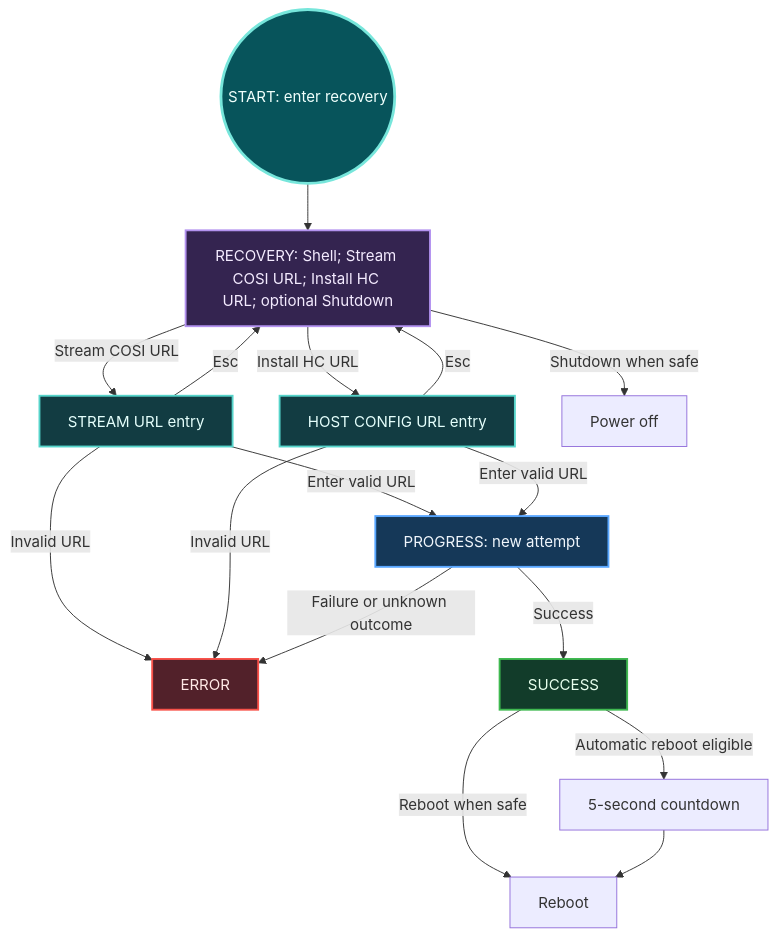
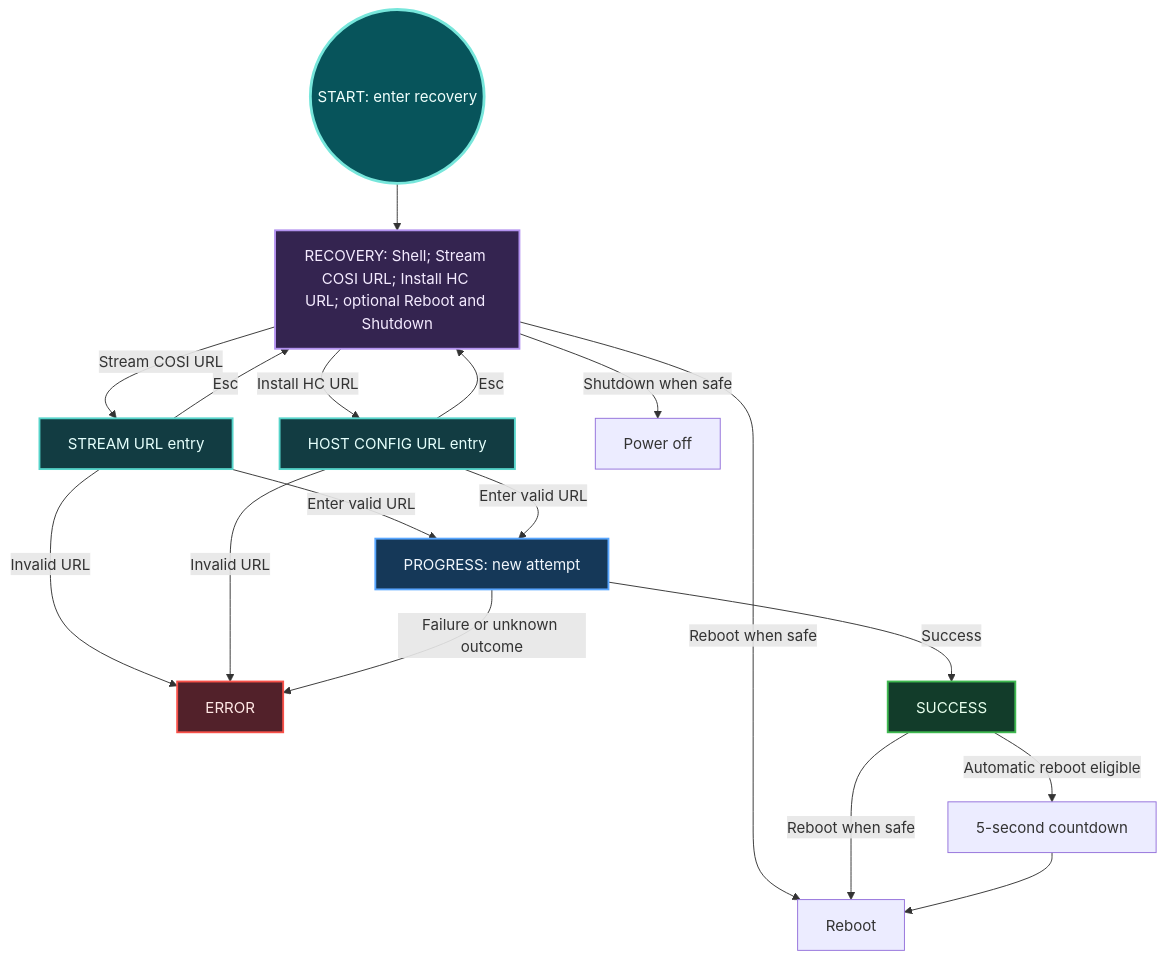
Before and after one commit to microsoft/trident: the third of 3 diagrams in docs/Reference/Installer.md, drawn with Mermaid. The commit also changed other lines of this file and 4 other files, not shown here.

First line of the commit message:
fix: Offer reboot from installer recovery

````diff
--- a/docs/Reference/Installer.md
+++ b/docs/Reference/Installer.md
@@ -109,30 +109,31 @@
 ```mermaid
 flowchart TD
-  START(("START: enter recovery")) --> R["RECOVERY: Shell; Stream COSI URL; Install HC URL; optional Shutdown"]
+  START(("START: enter recovery")) --> R["RECOVERY: Shell; Stream COSI URL; Install HC URL; optional Reboot and Shutdown"]
   R -->|Stream COSI URL| U1["STREAM URL entry"]
   R -->|Install HC URL| U2["HOST CONFIG URL entry"]
   U1 -->|Esc| R
   U2 -->|Esc| R
   U1 -->|Invalid URL| E["ERROR"]
   U2 -->|Invalid URL| E
   U1 -->|Enter valid URL| P["PROGRESS: new attempt"]
   U2 -->|Enter valid URL| P
   P -->|Success| S["SUCCESS"]
   P -->|Failure or unknown outcome| E
   R -->|Shutdown when safe| OFF["Power off"]
-  S -->|Reboot when safe| REBOOT["Reboot"]
+  R -->|Reboot when safe| REBOOT["Reboot"]
+  S -->|Reboot when safe| REBOOT
   S -->|Automatic reboot eligible| TIMER["5-second countdown"]
   TIMER --> REBOOT
   classDef startPoint fill:#07545b,stroke:#77e6db,color:#f0fffc,stroke-width:3px
   classDef progress fill:#153858,stroke:#58a6ff,color:#f0f6fc,stroke-width:2px
   classDef success fill:#123c2a,stroke:#3fb950,color:#e7ffed,stroke-width:2px
   classDef error fill:#52212a,stroke:#f85149,color:#ffe8e5,stroke-width:2px
   classDef recovery fill:#342450,stroke:#b392f0,color:#f4ebff,stroke-width:2px
   classDef urlEntry fill:#123c42,stroke:#56d4ca,color:#e5fffc,stroke-width:2px
   class START startPoint
   class R recovery
   class U1,U2 urlEntry
   class P progress
   class E error
   class S success
 ```
````
